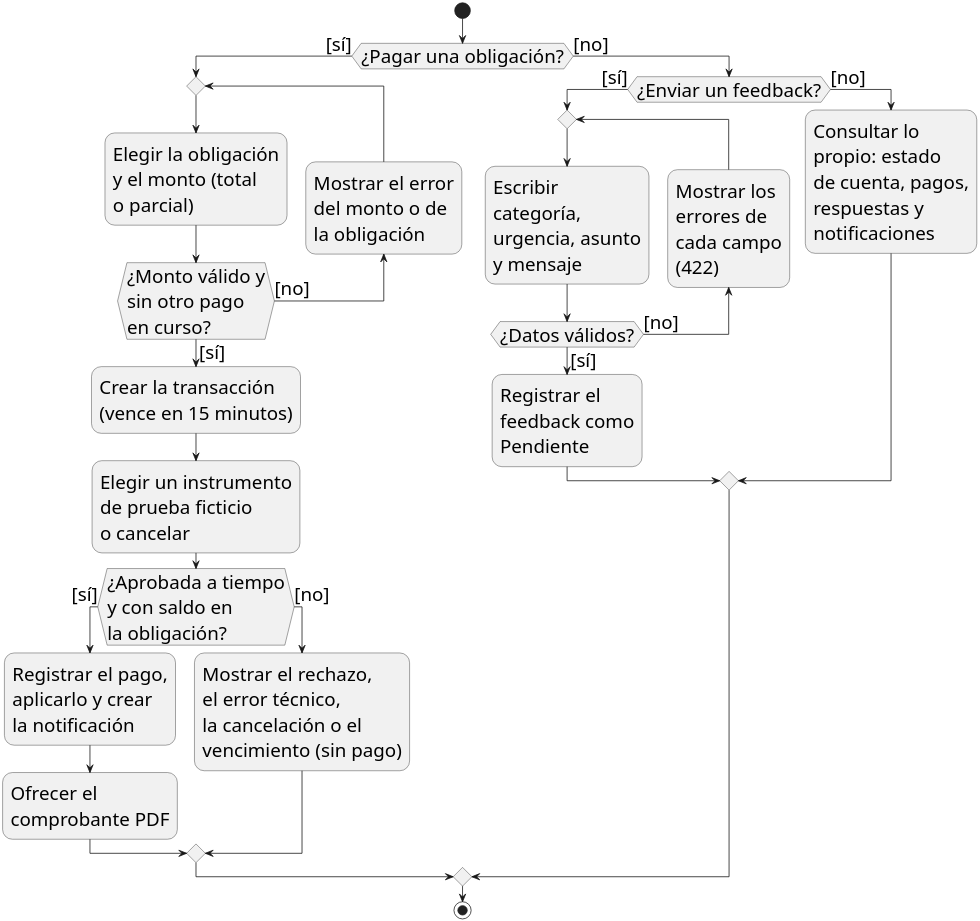
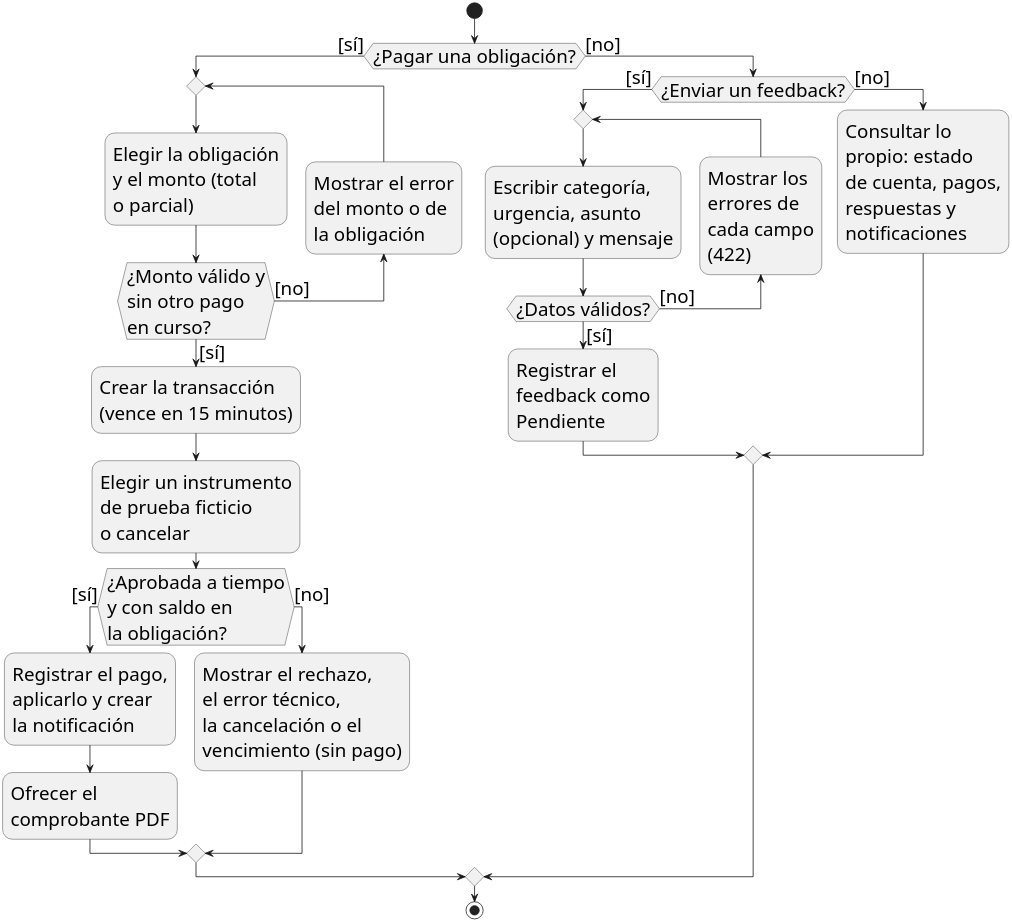
Before and after one commit to yilberDev/SoftPh-Academico: the diagram in docs/entrega-objetivos/actividades/actividades-residente-parte2.puml, drawn with PlantUML. The commit also changed 12 other files, not shown here.

Commit message:
docs(actividades): alinear diagramas con el control de acceso y el formulario de feedback

```diff
--- a/docs/entrega-objetivos/actividades/actividades-residente-parte2.puml
+++ b/docs/entrega-objetivos/actividades/actividades-residente-parte2.puml
@@ -1,49 +1,49 @@
 @startuml
 ' Diagrama de actividades UML del residente, parte 2 de 2 (Figura 8, DA-02): las operaciones de los
 ' módulos del panel, con sus validaciones y su resultado. La parte 1 cubre activación, acceso y navegación.
 ' Flujo tomado del código de la versión v1.1-academico:
 '   pages/resident/demo-payments.astro y demo-payments/checkout.astro; backend/app/services/demo_payments.py
 '       y demo_instruments.py: el monto (mayor que cero, hasta 2 decimales, hasta el saldo de la
 '       obligación) se valida; una sola transacción en curso por obligación; la transacción vence a los
 '       15 minutos; el instrumento de prueba ficticio aprueba, rechaza o falla; solo una aprobación a
 '       tiempo sobre una obligación que aún tiene saldo crea el pago, su aplicación y la notificación
-'   pages/resident/feedback/new.astro y services/resident_feedback.py: categoría, urgencia, asunto y
-'       mensaje validados; el feedback queda Pendiente
+'   pages/resident/feedback/new.astro y services/resident_feedback.py: categoría, urgencia, asunto
+'       (opcional) y mensaje validados; el feedback queda Pendiente
 '   pages/resident/account-statement, payments y notifications: solo lectura de lo propio
 ' Cada decisión tiene sus dos guardas [sí] / [no] (if anidados, no elseif).
 skinparam dpi 300
 skinparam monochrome true
 skinparam backgroundColor white
 skinparam shadowing false
 skinparam defaultFontName Helvetica
 skinparam defaultFontSize 24
 
 ' Título (no se dibuja; lo pone el pie de figura del informe): Flujo de actividades del residente (DA-02), parte 2 de 2: operaciones de los módulos\n(empieza al elegir un módulo en la parte 1 y vuelve a ella al terminar)
 
 start
 if (¿Pagar una obligación?) then ([sí])
   repeat
     :Elegir la obligación\ny el monto (total\no parcial);
   backward:Mostrar el error\ndel monto o de\nla obligación;
   repeat while (¿Monto válido y\nsin otro pago\nen curso?) is ([no]) not ([sí])
   :Crear la transacción\n(vence en 15 minutos);
   :Elegir un instrumento\nde prueba ficticio\no cancelar;
   if (¿Aprobada a tiempo\ny con saldo en\nla obligación?) then ([sí])
     :Registrar el pago,\naplicarlo y crear\nla notificación;
     :Ofrecer el\ncomprobante PDF;
   else ([no])
     :Mostrar el rechazo,\nel error técnico,\nla cancelación o el\nvencimiento (sin pago);
   endif
 else ([no])
   if (¿Enviar un feedback?) then ([sí])
     repeat
-      :Escribir\ncategoría,\nurgencia, asunto\ny mensaje;
+      :Escribir categoría,\nurgencia, asunto\n(opcional) y mensaje;
     backward:Mostrar los\nerrores de\ncada campo\n(422);
     repeat while (¿Datos válidos?) is ([no]) not ([sí])
     :Registrar el\nfeedback como\nPendiente;
   else ([no])
     :Consultar lo\npropio: estado\nde cuenta, pagos,\nrespuestas y\nnotificaciones;
   endif
 endif
 stop
 @enduml
```
